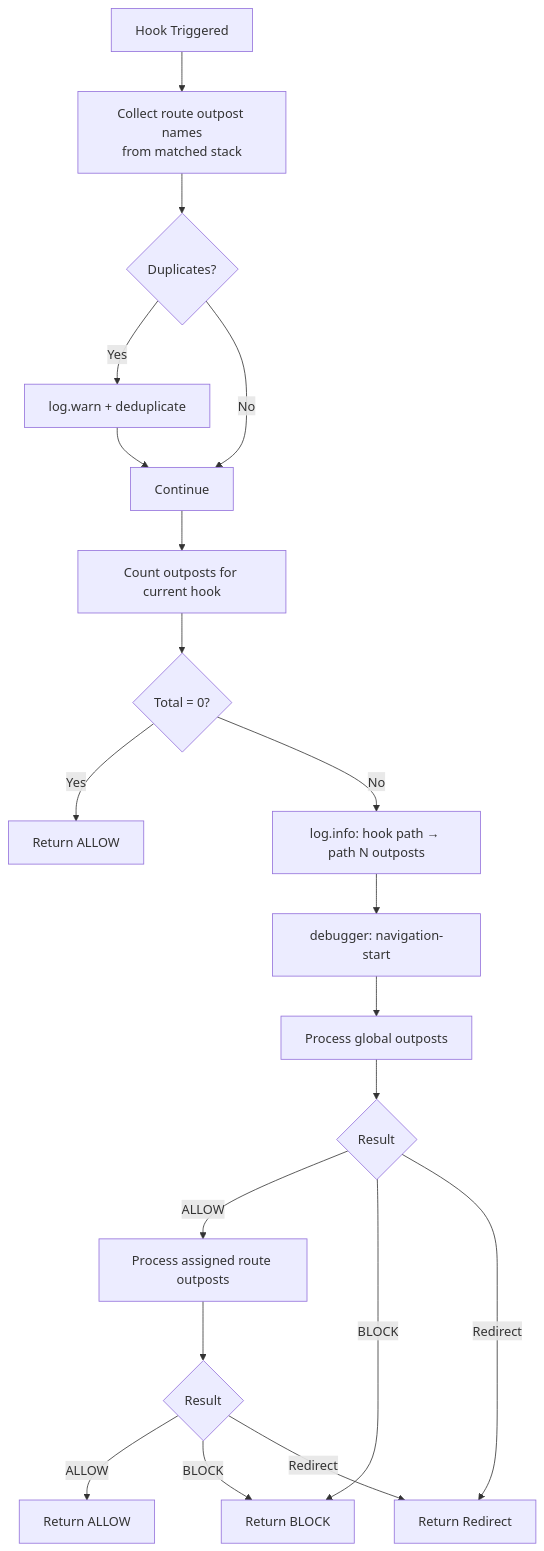
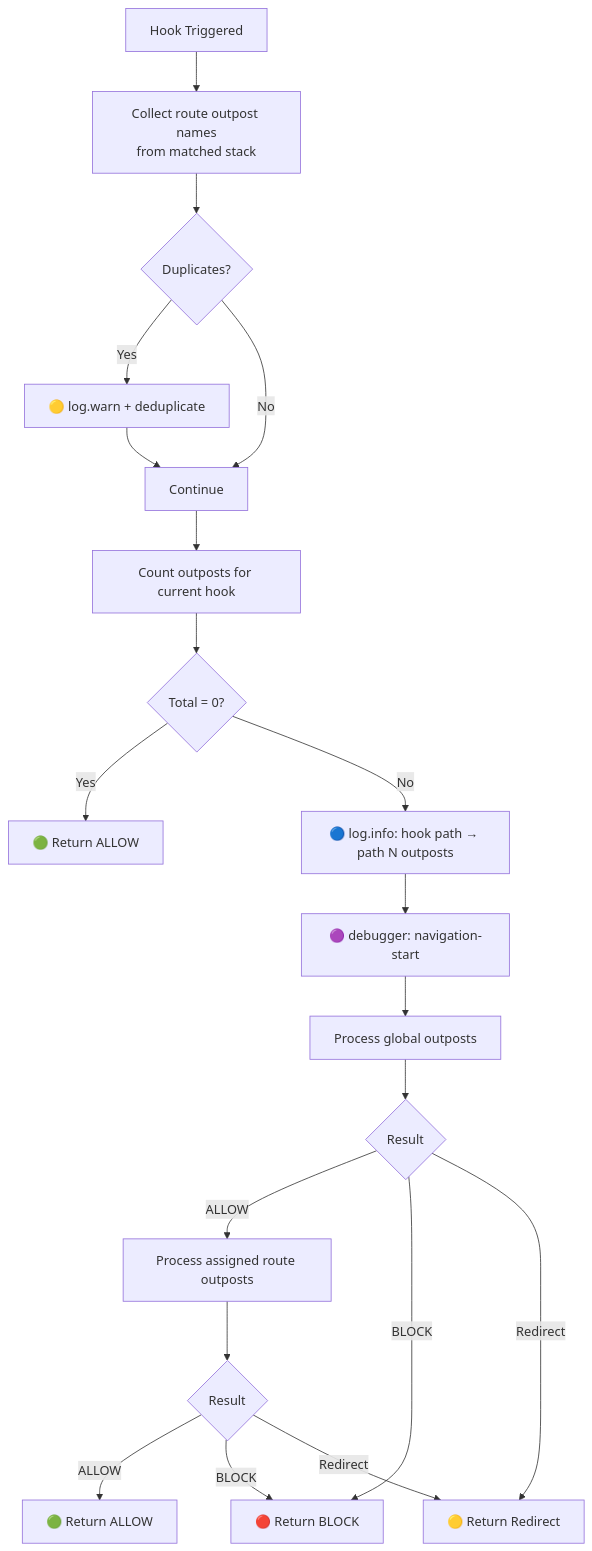
The second of 2 diagrams in docs/guide/hooks.md (Kassaila/vue-router-citadel), drawn with Mermaid before and after one commit. The commit also changed other lines of this file and 36 other files, not shown here.

````diff
--- a/docs/guide/hooks.md
+++ b/docs/guide/hooks.md
@@ -36,26 +36,26 @@
 ```mermaid
 flowchart TD
     A[Hook Triggered] --> B[Collect route outpost names<br/>from matched stack]
     B --> C{Duplicates?}
-    C -->|Yes| D[log.warn + deduplicate]
+    C -->|Yes| D[🟡 log.warn + deduplicate]
     C -->|No| E[Continue]
     D --> E
 
     E --> F[Count outposts for current hook]
     F --> G{Total = 0?}
-    G -->|Yes| H[Return ALLOW]
-    G -->|No| LOG1[log.info: hook path → path N outposts]
+    G -->|Yes| H[🟢 Return ALLOW]
+    G -->|No| LOG1[🔵 log.info: hook path → path N outposts]
 
-    LOG1 --> DBG1[debugger: navigation-start]
+    LOG1 --> DBG1[🟣 debugger: navigation-start]
     DBG1 --> I[Process global outposts]
 
     I --> J{Result}
     J -->|ALLOW| K[Process assigned route outposts]
-    J -->|BLOCK| L[Return BLOCK]
-    J -->|Redirect| M[Return Redirect]
+    J -->|BLOCK| L[🔴 Return BLOCK]
+    J -->|Redirect| M[🟡 Return Redirect]
 
     K --> N{Result}
-    N -->|ALLOW| O[Return ALLOW]
+    N -->|ALLOW| O[🟢 Return ALLOW]
     N -->|BLOCK| L
     N -->|Redirect| M
 ```
````
